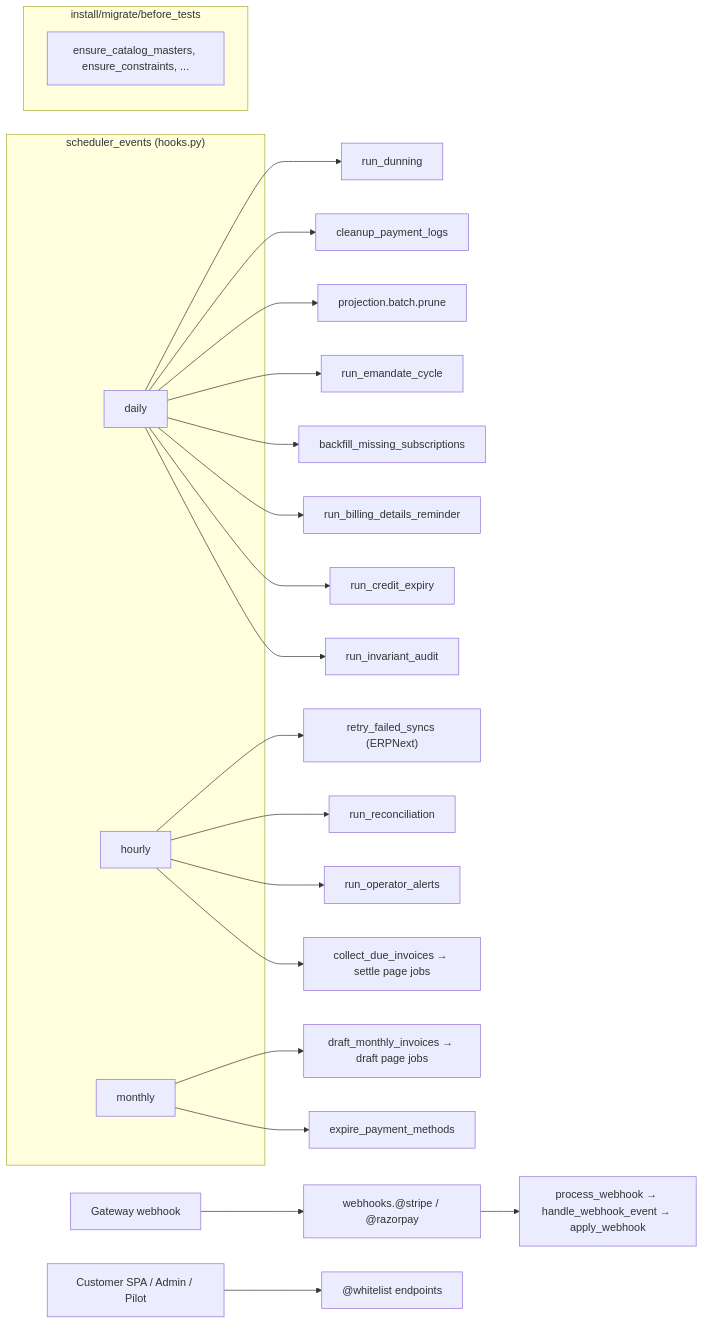
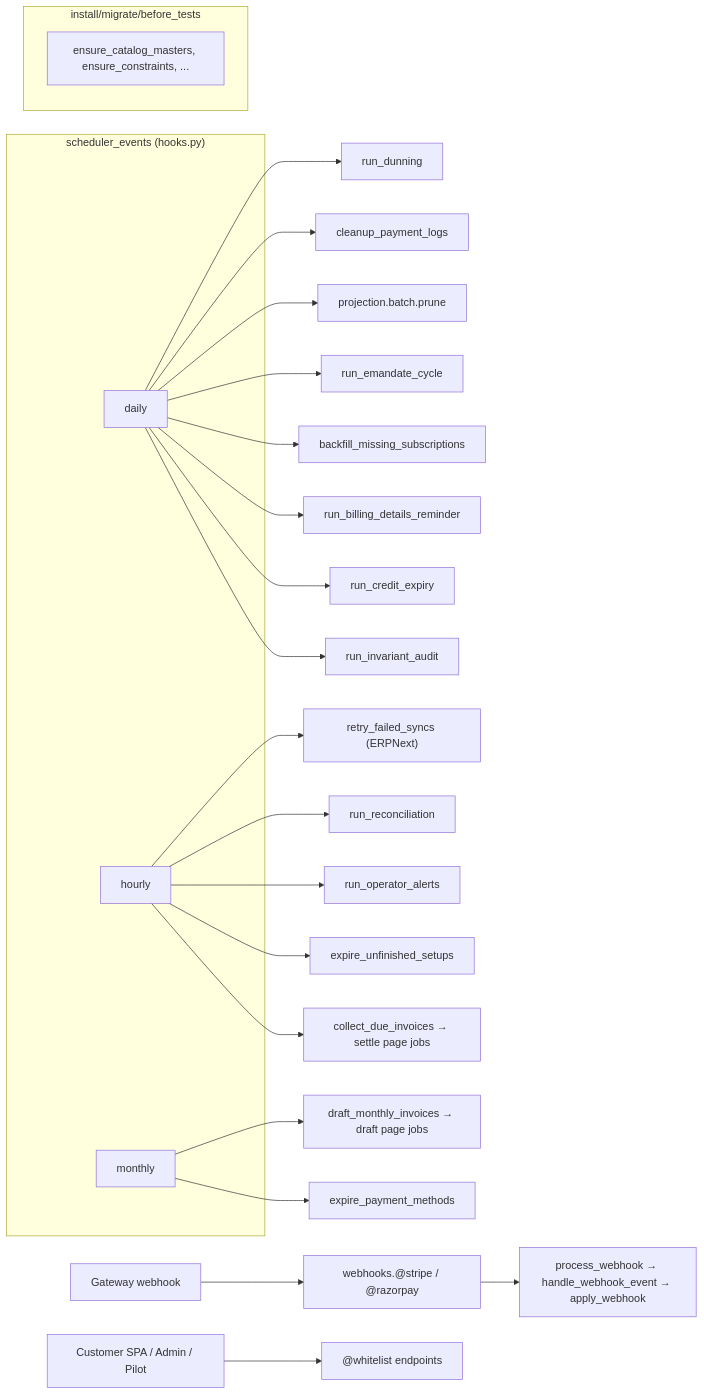
Before and after one commit to frappe/central: the third of 8 diagrams in central/billing/ARCHITECTURE.md, drawn with Mermaid. The commit also changed other lines of this file and 1 other file, not shown here.

Commit message:
docs(billing): describe when an unfinished setup expires

````diff
--- a/central/billing/ARCHITECTURE.md
+++ b/central/billing/ARCHITECTURE.md
@@ -215,30 +215,31 @@
 ```mermaid
 flowchart LR
     subgraph SCHED["scheduler_events (hooks.py)"]
         D1["daily"]
         H1["hourly"]
         M1["monthly"]
     end
     D1 --> RD["run_dunning"]
     D1 --> CP["cleanup_payment_logs"]
     D1 --> PR["projection.batch.prune"]
     D1 --> EM["run_emandate_cycle"]
     D1 --> BF["backfill_missing_subscriptions"]
     D1 --> BR["run_billing_details_reminder"]
     D1 --> CE["run_credit_expiry"]
     D1 --> IA["run_invariant_audit"]
     H1 --> RF["retry_failed_syncs (ERPNext)"]
     H1 --> RR["run_reconciliation"]
     H1 --> OA["run_operator_alerts"]
+    H1 --> SE["expire_unfinished_setups"]
     M1 --> DMI["draft_monthly_invoices → draft page jobs"]
     M1 --> EX["expire_payment_methods"]
     H1 --> CDI["collect_due_invoices → settle page jobs"]
 
     subgraph INSTALL["install/migrate/before_tests"]
         ECM["ensure_catalog_masters, ensure_constraints, ..."]
     end
 
     EXT["Gateway webhook"] --> WH["webhooks.@stripe / @razorpay"]
     WH --> PW["process_webhook → handle_webhook_event → apply_webhook"]
     UI["Customer SPA / Admin / Pilot"] --> API["@whitelist endpoints"]
 ```
````
